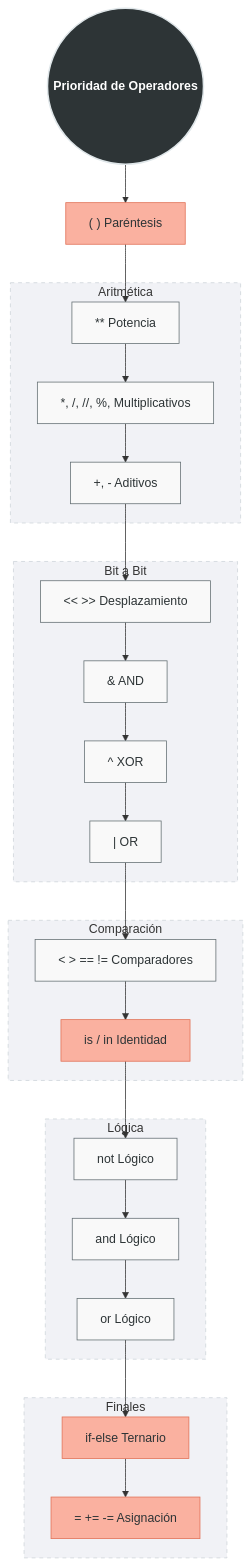
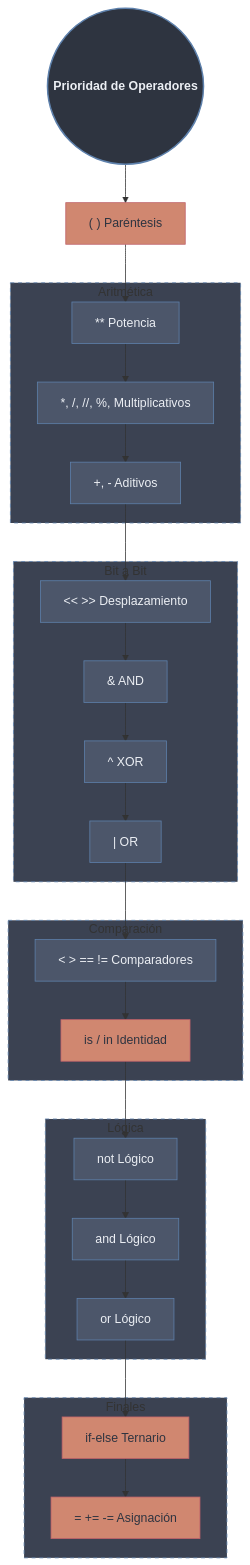
The second of 2 diagrams in 100 Programación Orientada a Procesos/00 Referencias/Operadores de Variables.md (Pineapple-Mikael-Engineer/Python_Obsidian), drawn with Mermaid before and after one commit. The commit also changed other lines of this file, not shown here.

Commit message:
fix: Terminar de Arreglar bien todos los Mermaids, falaba 1

````diff
--- a/100 Programación Orientada a Procesos/00 Referencias/Operadores de Variables.md
+++ b/100 Programación Orientada a Procesos/00 Referencias/Operadores de Variables.md
@@ -388,46 +388,47 @@
 ```mermaid
 flowchart TD
-    classDef principal fill:#2d3436,stroke:#dfe6e9,stroke-width:2px,color:#fff,font-weight:bold;
-    classDef categoria fill:#636e72,stroke:#dfe6e9,stroke-width:1px,color:#fff;
-    classDef tipo fill:#f9f9f9,stroke:#636e72,stroke-width:1px,color:#2d3436;
-    classDef especial fill:#fab1a0,stroke:#e17055,stroke-width:1px,color:#2d3436;
+    classDef principal fill:#2e3440,stroke:#5e81ac,stroke-width:2px,color:#eceff4,font-weight:bold;
+    classDef categoria fill:#434c5e,stroke:#5e81ac,stroke-width:1px,color:#eceff4;
+    classDef tipo fill:#4c566a,stroke:#5e81ac,stroke-width:1px,color:#eceff4;
+    classDef especial fill:#d08770,stroke:#bf616a,stroke-width:1px,color:#2e3440;
 
     Title((Prioridad de Operadores)):::principal
 
     Title --> B1["( ) Paréntesis"]:::especial
     B1 --> B2["** Potencia"]:::tipo
-    
+
     subgraph G1 [Aritmética]
         B2 --> B3["*, /, //, %, Multiplicativos"]:::tipo
         B3 --> B4["+, - Aditivos"]:::tipo
     end
 
     subgraph G2 [Bit a Bit]
         B4 --> B5["<< >> Desplazamiento"]:::tipo
         B5 --> B6["& AND"]:::tipo
         B6 --> B7["^ XOR"]:::tipo
         B7 --> B8["| OR"]:::tipo
     end
 
     subgraph G3 [Comparación]
         B8 --> B9["< > == != Comparadores"]:::tipo
         B9 --> B10["is / in Identidad"]:::especial
     end
 
     subgraph G4 [Lógica]
         B10 --> B11["not Lógico"]:::tipo
         B11 --> B12["and Lógico"]:::tipo
         B12 --> B13["or Lógico"]:::tipo
     end
 
     subgraph G5 [Finales]
         B13 --> B14["if-else Ternario"]:::especial
         B14 --> B15["= += -= Asignación"]:::especial
     end
 
-    style G1 fill:#f1f2f6,stroke:#ced4da,stroke-dasharray: 5 5
-    style G2 fill:#f1f2f6,stroke:#ced4da,stroke-dasharray: 5 5
-    style G3 fill:#f1f2f6,stroke:#ced4da,stroke-dasharray: 5 5
-    style G4 fill:#f1f2f6,stroke:#ced4da,stroke-dasharray: 5 5
-    style G5 fill:#f1f2f6,stroke:#ced4da,stroke-dasharray: 5 5
+    style G1 fill:#3b4252,stroke:#5e81ac,stroke-dasharray:5 5
+    style G2 fill:#3b4252,stroke:#5e81ac,stroke-dasharray:5 5
+    style G3 fill:#3b4252,stroke:#5e81ac,stroke-dasharray:5 5
+    style G4 fill:#3b4252,stroke:#5e81ac,stroke-dasharray:5 5
+    style G5 fill:#3b4252,stroke:#5e81ac,stroke-dasharray:5 5
+
 ```
````
